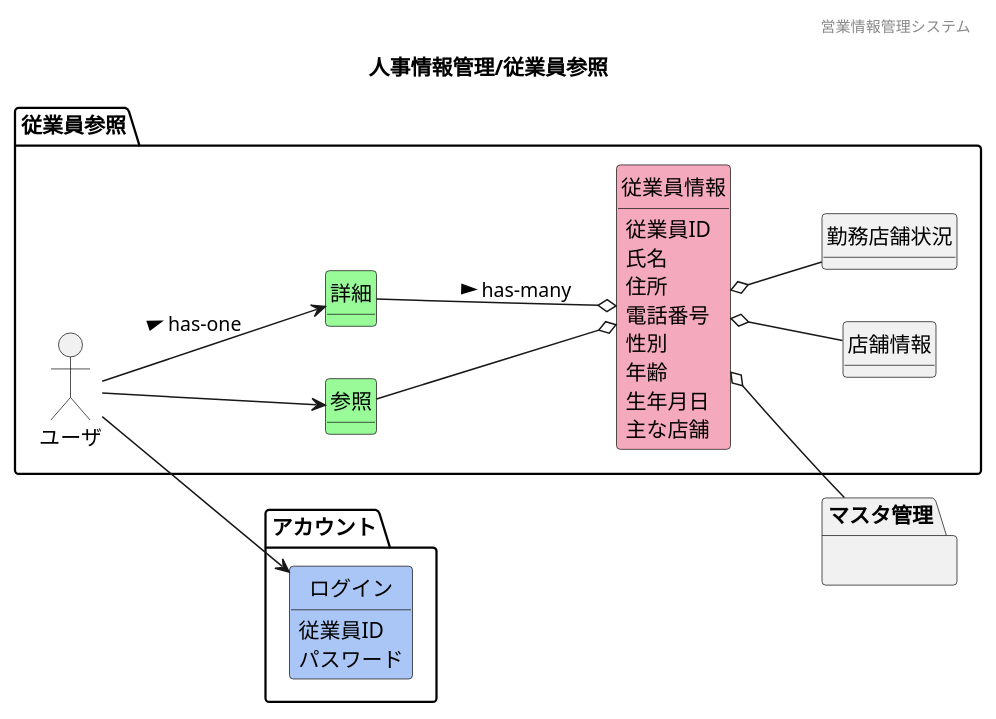
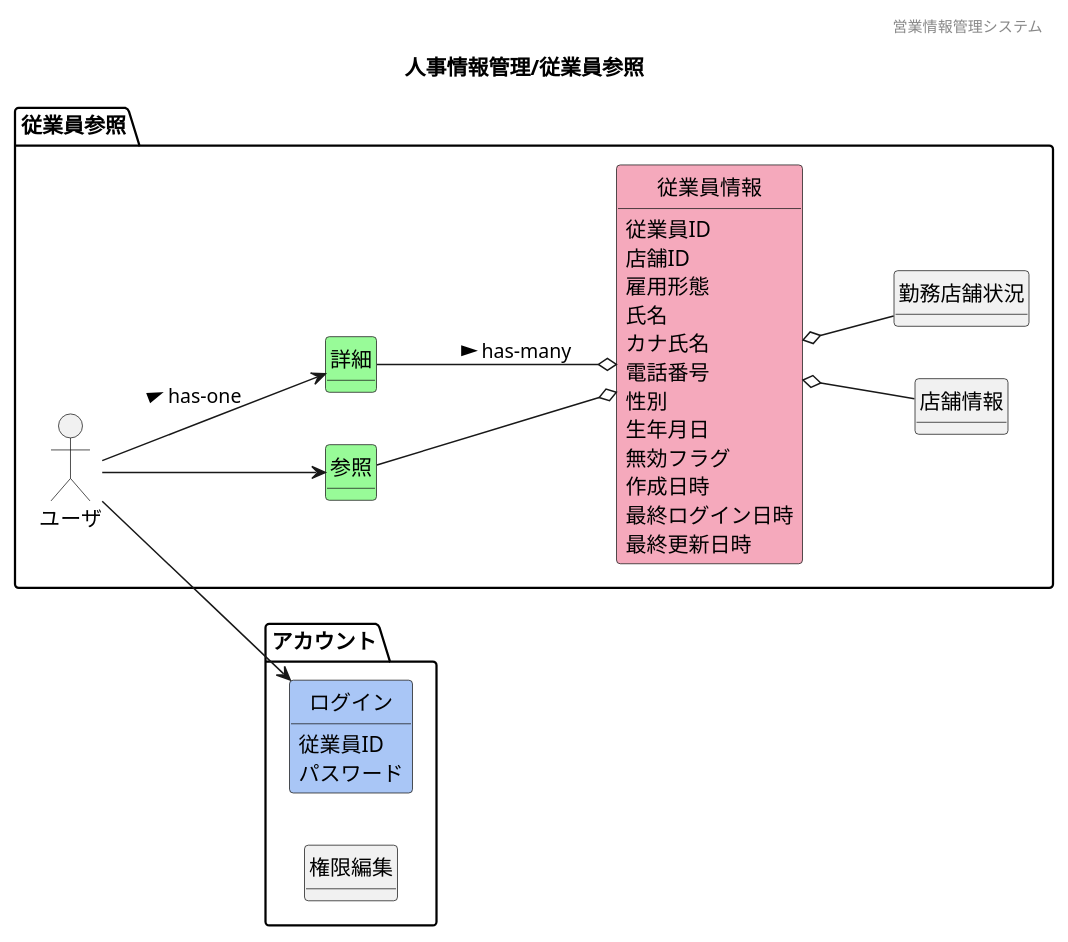
The diagram in 各種設計書/1ドメインモデル図/人事情報管理/F12従業員参照.plantuml (HaruShim/Sotuken), drawn with PlantUML before and after one commit. The commit also changed 16 other files, not shown here.

```diff
--- a/各種設計書/1ドメインモデル図/人事情報管理/F12従業員参照.plantuml
+++ b/各種設計書/1ドメインモデル図/人事情報管理/F12従業員参照.plantuml
@@ -1,63 +1,68 @@
 @startuml images/人事情報管理/従業員参照
 ' ヘッダー
 header 営業情報管理システム
 ' タイトル
 title 人事情報管理/従業員参照
 ' 
 hide circle
 ' 
 hide method
 left to right direction
 
 package "アカウント"{
     class "ログイン" #A9C6F6
+    class "権限編集"
 }
 
 package "従業員参照" {
     'ユーザや外部システム
     mix_actor "ユーザ"
     class "参照" #98fb98
     class "詳細" #98fb98
     class "従業員情報" #F5A9BC
     class "店舗情報"
     class "勤務店舗状況"
 }
-    package "マスタ管理"{
-    }
+    ' package "マスタ管理"{
+    ' }
     ' class "" #F5A9BC
     ' class "" #ffd700
 
     'モデル同士の関係
     ユーザ --> 参照
     ユーザ --> 詳細: > has-one
     ユーザ --> ログイン
     参照 --o 従業員情報
     詳細 --o 従業員情報 : > has-many
     従業員情報 o-- 勤務店舗状況
-    従業員情報 o-- マスタ管理
+    ' 従業員情報 o-- マスタ管理
     従業員情報 o-- 店舗情報
 
     'ドメインクラスの属性
     従業員情報 : 従業員ID
+    従業員情報 : 店舗ID
+    従業員情報 : 雇用形態
     従業員情報 : 氏名
-    従業員情報 : 住所
+    従業員情報 : カナ氏名
     従業員情報 : 電話番号
     従業員情報 : 性別
-    従業員情報 : 年齢
     従業員情報 : 生年月日
-    従業員情報 : 主な店舗
+    従業員情報 : 無効フラグ
+    従業員情報 : 作成日時
+    従業員情報 : 最終ログイン日時
+    従業員情報 : 最終更新日時
     ' 店舗情報 : 店舗名
     ' 店舗情報 : 住所
     ' 店舗情報 : 連絡先
     ' 店舗情報 : 店長
     ' 店舗情報 : 主な従業員
     ' 勤務店舗状況 : 店舗名
     ' 勤務店舗状況 : 従業員数
     ' 勤務店舗状況 : 責任者
     ログイン : 従業員ID
     ログイン : パスワード
 
 
 
 
 @enduml
```
